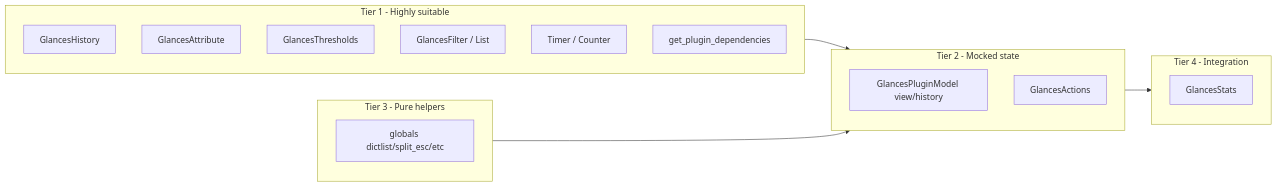
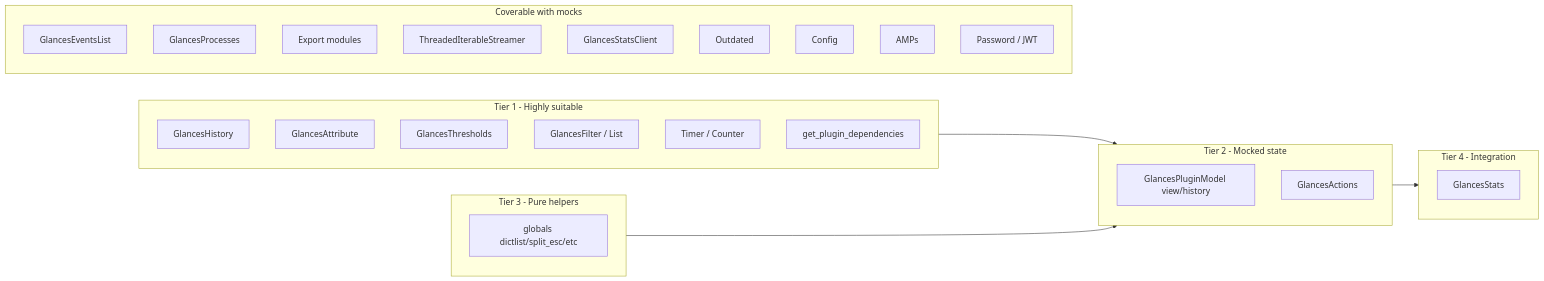
The diagram in prompts/state-based-testing-overview.md (pingshiyu/glances-ai-test), drawn with Mermaid before and after one commit. The commit also changed other lines of this file and 24 other files, not shown here.

````diff
--- a/prompts/state-based-testing-overview.md
+++ b/prompts/state-based-testing-overview.md
@@ -110,24 +238,35 @@
 ```mermaid
 flowchart LR
   subgraph tier1 [Tier 1 - Highly suitable]
     H[GlancesHistory]
     A[GlancesAttribute]
     T[GlancesThresholds]
     F[GlancesFilter / List]
     Tm[Timer / Counter]
     DAG[get_plugin_dependencies]
   end
   subgraph tier2 [Tier 2 - Mocked state]
     PM[GlancesPluginModel view/history]
     Act[GlancesActions]
   end
   subgraph tier3 [Tier 3 - Pure helpers]
     G[globals dictlist/split_esc/etc]
   end
   subgraph tier4 [Tier 4 - Integration]
     GS[GlancesStats]
   end
+  subgraph mockable [Coverable with mocks]
+    E[GlancesEventsList]
+    P[GlancesProcesses]
+    Exp[Export modules]
+    TIS[ThreadedIterableStreamer]
+    GSC[GlancesStatsClient]
+    Out[Outdated]
+    Cfg[Config]
+    AMP[AMPs]
+    PwJwt[Password / JWT]
+  end
   tier1 --> tier2
   tier2 --> tier4
   tier3 --> tier2
 ```
````
